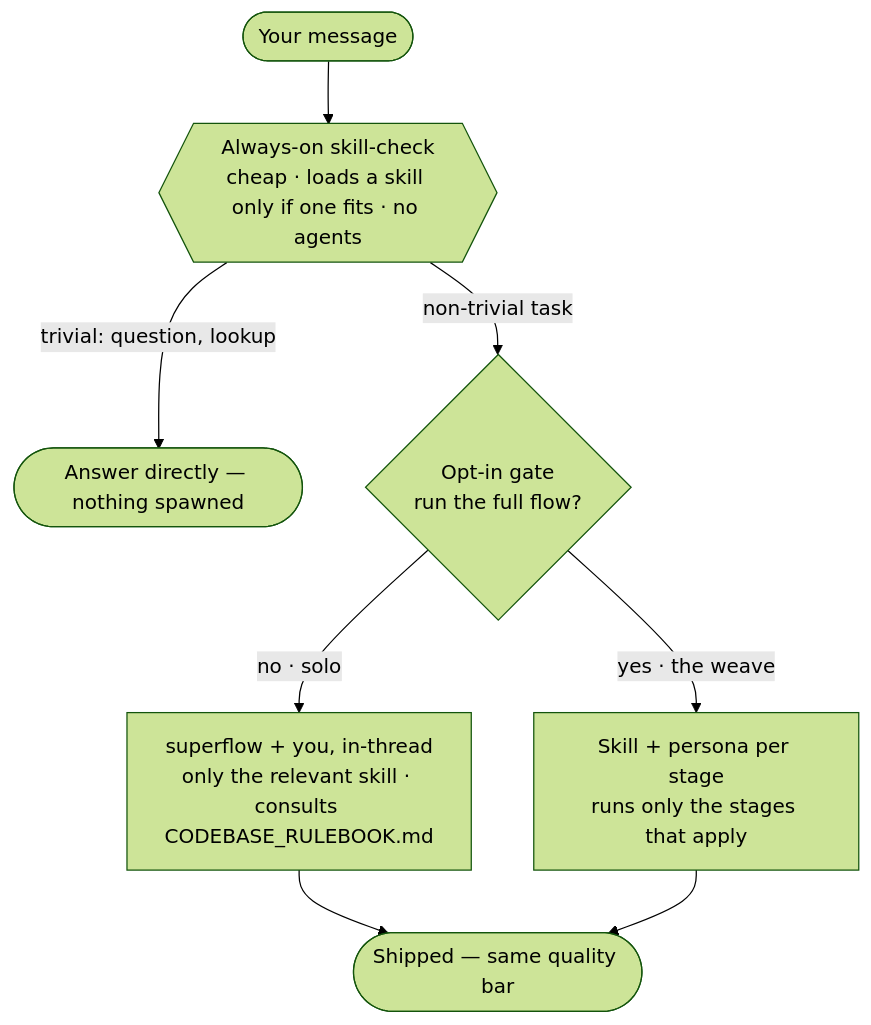
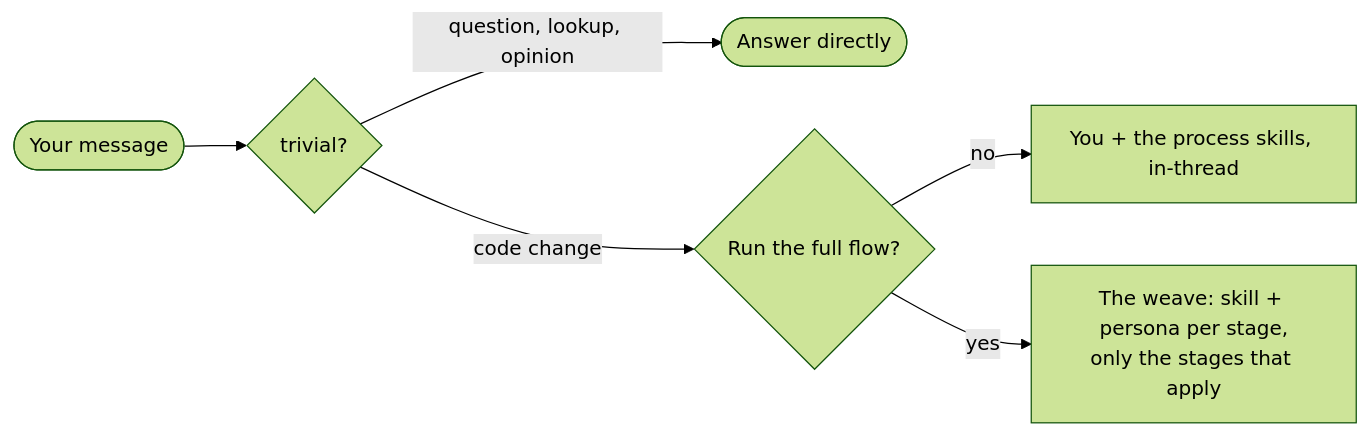
One commit to cashwanikumar/superflow changed the diagram in README.md. Above: the diagram before and after it, drawn with Mermaid (forest theme). The commit also changed other lines of this file and 24 other files, not shown here.

````diff
--- a/README.md
+++ b/README.md
@@ -75,10 +28,8 @@
 ```mermaid
-flowchart TD
-    A([Your message]) --> SC{{"Always-on skill-check<br/>cheap · loads a skill only if one fits · no agents"}}
-    SC -->|"trivial: question, lookup"| ANS([Answer directly — nothing spawned])
-    SC -->|"non-trivial task"| GATE{"Opt-in gate<br/>run the full flow?"}
-    GATE -->|"no · solo"| SOLO["superflow + you, in-thread<br/>only the relevant skill · consults CODEBASE_RULEBOOK.md"]
-    GATE -->|"yes · the weave"| WEAVE["Skill + persona per stage<br/>runs only the stages that apply"]
-    SOLO --> SHIP([Shipped — same quality bar])
-    WEAVE --> SHIP
+flowchart LR
+    A([Your message]) --> T{trivial?}
+    T -->|"question, lookup, opinion"| D([Answer directly])
+    T -->|"code change"| G{"Run the full flow?"}
+    G -->|no| S["You + the process skills, in-thread"]
+    G -->|yes| W["The weave: skill + persona per stage,<br/>only the stages that apply"]
 ```
````
